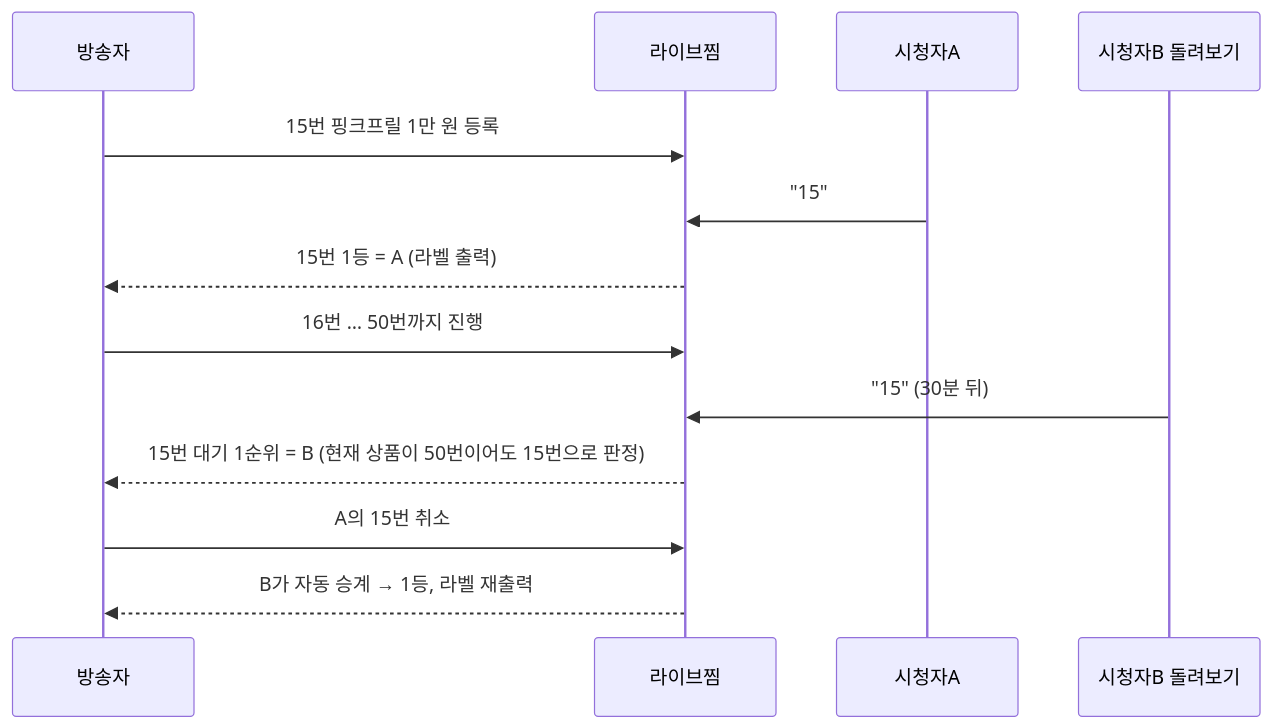
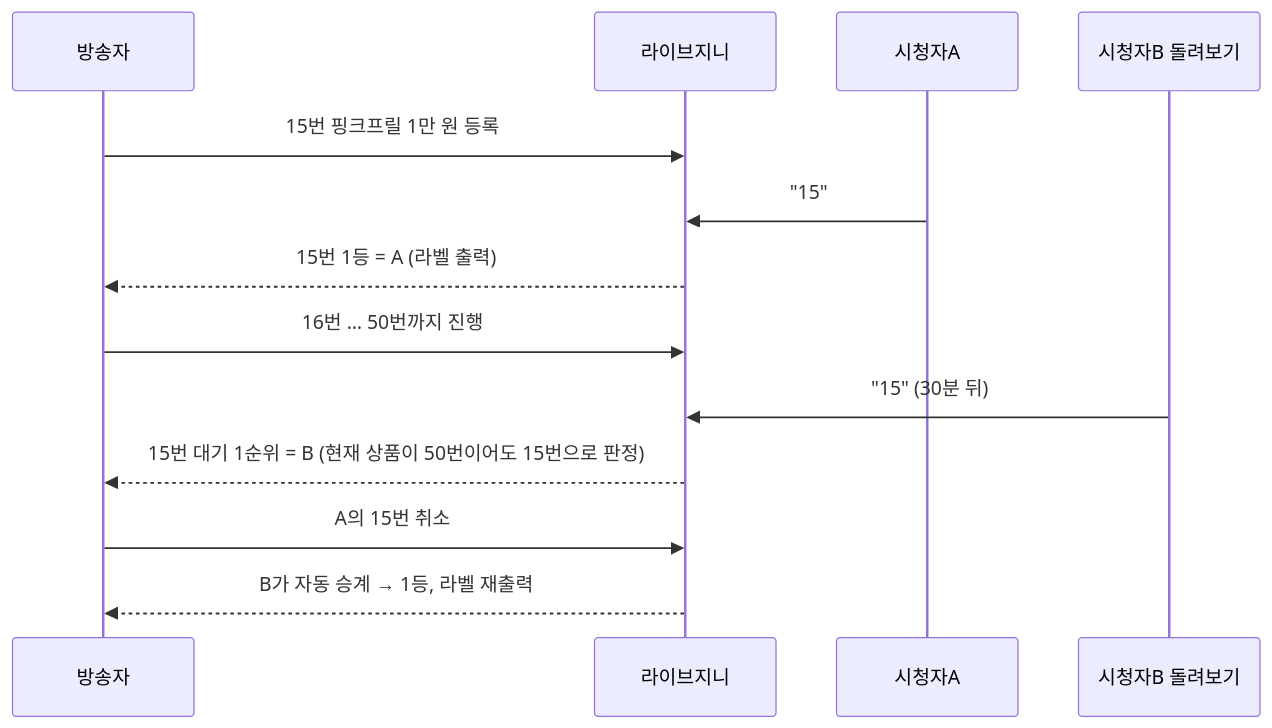
One commit to rlaehddus302/linve-genie changed the second of 11 diagrams in docs/PLANNING.md. Above: the diagram before and after it, drawn with Mermaid. The commit also changed other lines of this file and 3 other files, not shown here.

````diff
--- a/docs/PLANNING.md
+++ b/docs/PLANNING.md
@@ -170,15 +193,15 @@
 ```mermaid
 sequenceDiagram
     participant 방송자
-    participant 라이브찜
+    participant 라이브지니
     participant 시청자A
     participant B as 시청자B 돌려보기
-    방송자->>라이브찜: 15번 핑크프릴 1만 원 등록
-    시청자A->>라이브찜: "15"
-    라이브찜-->>방송자: 15번 1등 = A (라벨 출력)
-    방송자->>라이브찜: 16번 … 50번까지 진행
-    B->>라이브찜: "15" (30분 뒤)
-    라이브찜-->>방송자: 15번 대기 1순위 = B (현재 상품이 50번이어도 15번으로 판정)
-    방송자->>라이브찜: A의 15번 취소
-    라이브찜-->>방송자: B가 자동 승계 → 1등, 라벨 재출력
+    방송자->>라이브지니: 15번 핑크프릴 1만 원 등록
+    시청자A->>라이브지니: "15"
+    라이브지니-->>방송자: 15번 1등 = A (라벨 출력)
+    방송자->>라이브지니: 16번 … 50번까지 진행
+    B->>라이브지니: "15" (30분 뒤)
+    라이브지니-->>방송자: 15번 대기 1순위 = B (현재 상품이 50번이어도 15번으로 판정)
+    방송자->>라이브지니: A의 15번 취소
+    라이브지니-->>방송자: B가 자동 승계 → 1등, 라벨 재출력
 ```
````
